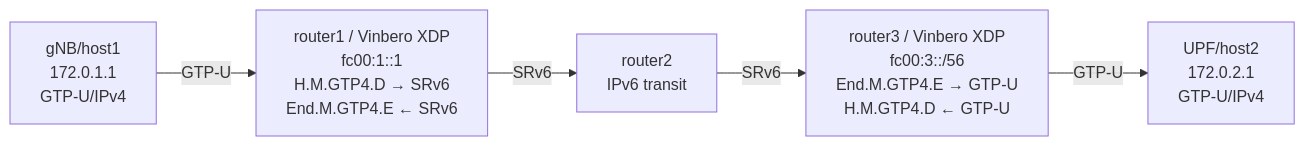
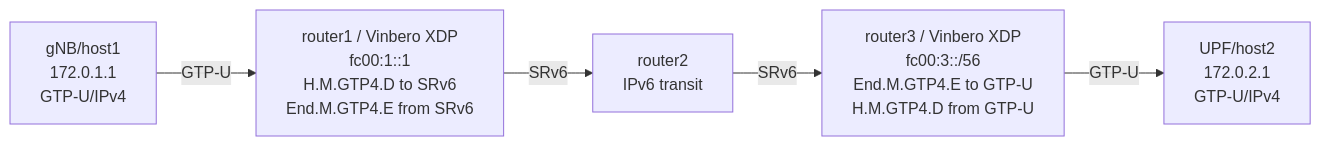
The diagram in examples/gtp4-encap/README.md (takehaya/Vinbero), drawn with Mermaid before and after one commit. The commit also changed other lines of this file and 39 other files, not shown here.

````diff
--- a/examples/gtp4-encap/README.md
+++ b/examples/gtp4-encap/README.md
@@ -7,7 +10,7 @@
 ```mermaid
 graph LR
-    gNB[gNB/host1<br/>172.0.1.1<br/>GTP-U/IPv4] -->|GTP-U| router1[router1 / Vinbero XDP<br/>fc00:1::1<br/>H.M.GTP4.D → SRv6<br/>End.M.GTP4.E ← SRv6]
+    gNB[gNB/host1<br/>172.0.1.1<br/>GTP-U/IPv4] -->|GTP-U| router1[router1 / Vinbero XDP<br/>fc00:1::1<br/>H.M.GTP4.D to SRv6<br/>End.M.GTP4.E from SRv6]
     router1 -->|SRv6| router2[router2<br/>IPv6 transit]
-    router2 -->|SRv6| router3[router3 / Vinbero XDP<br/>fc00:3::/56<br/>End.M.GTP4.E → GTP-U<br/>H.M.GTP4.D ← GTP-U]
+    router2 -->|SRv6| router3[router3 / Vinbero XDP<br/>fc00:3::/56<br/>End.M.GTP4.E to GTP-U<br/>H.M.GTP4.D from GTP-U]
     router3 -->|GTP-U| UPF[UPF/host2<br/>172.0.2.1<br/>GTP-U/IPv4]
 ```
````
